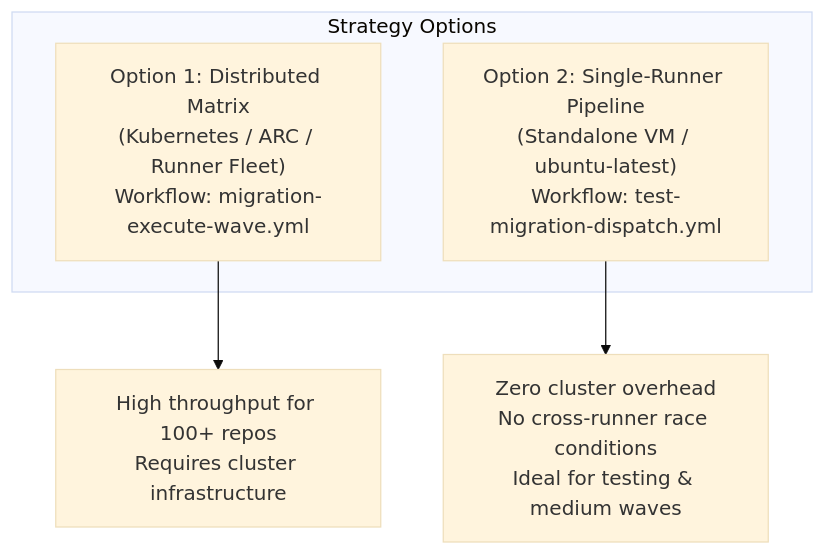
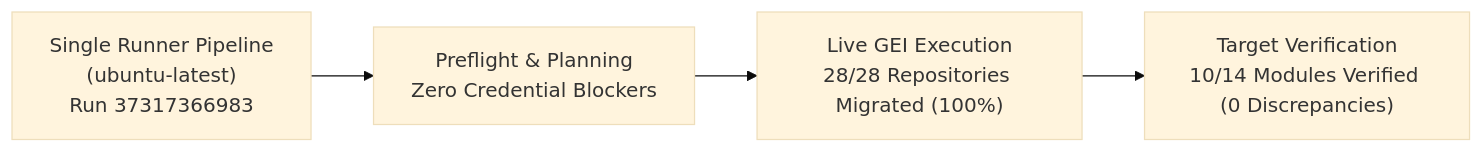
One commit to cloudgxp/ghec-consultant-suite changed the diagram in docs/reports/demogxp-migration-final-report.md. Above: the diagram before and after it, drawn with Mermaid (base theme). The commit also changed other lines of this file, not shown here.

Commit message:
docs(reports): final report reflecting 100% GEI migration success on single runner

````diff
--- a/docs/reports/demogxp-migration-final-report.md
+++ b/docs/reports/demogxp-migration-final-report.md
@@ -21,9 +20,6 @@
 ```mermaid
-flowchart TD
-    subgraph "Strategy Options"
-        M1["Option 1: Distributed Matrix<br/>(Kubernetes / ARC / Runner Fleet)<br/>Workflow: migration-execute-wave.yml"]
-        M2["Option 2: Single-Runner Pipeline<br/>(Standalone VM / ubuntu-latest)<br/>Workflow: test-migration-dispatch.yml"]
-    end
-    M1 --> Res1["High throughput for 100+ repos<br/>Requires cluster infrastructure"]
-    M2 --> Res2["Zero cluster overhead<br/>No cross-runner race conditions<br/>Ideal for testing & medium waves"]
+flowchart LR
+    A["Single Runner Pipeline<br/>(ubuntu-latest)<br/>Run 37317366983"] --> B["Preflight & Planning<br/>Zero Credential Blockers"]
+    B --> C["Live GEI Execution<br/>28/28 Repositories Migrated (100%)"]
+    C --> D["Target Verification<br/>10/14 Modules Verified (0 Discrepancies)"]
 ```
````
